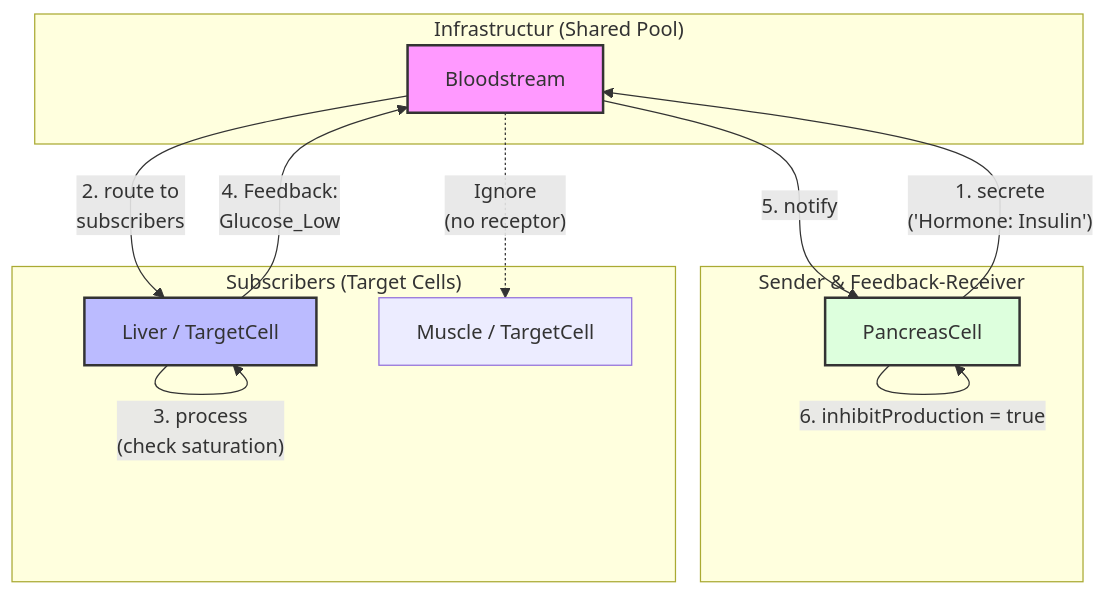
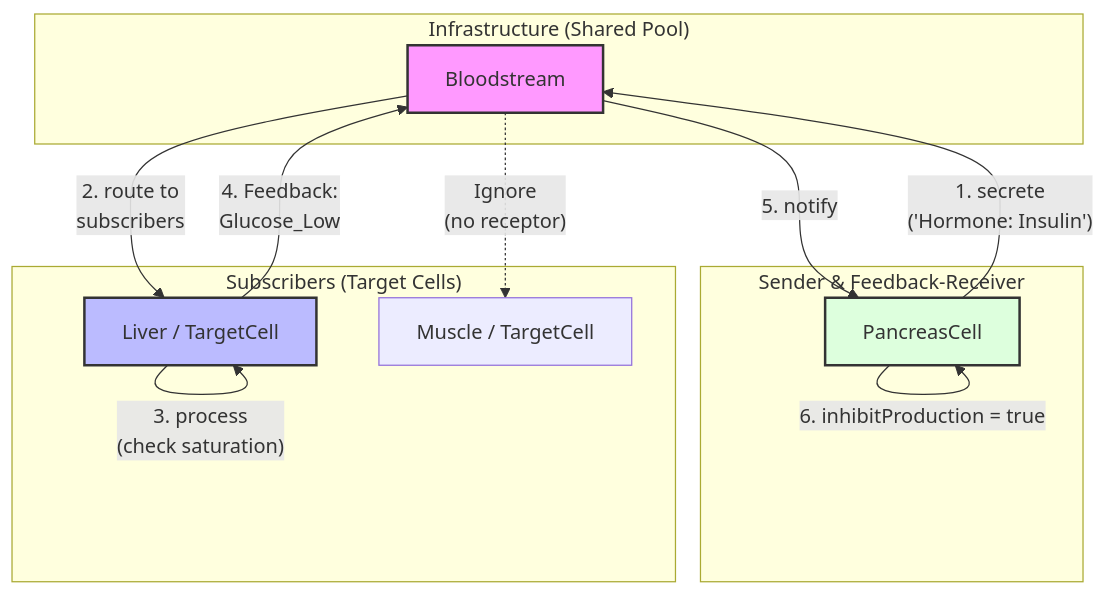
One commit to andreas-wagner-dev/object-oriented-learning-journey changed the fifth of 5 diagrams in blog/000_oop_vision.md. Above: the diagram before and after it, drawn with Mermaid.

````diff
--- a/blog/000_oop_vision.md
+++ b/blog/000_oop_vision.md
@@ -253,36 +253,36 @@
 ```mermaid
 graph TD
-    subgraph "Infrastructur (Shared Pool)"
+    subgraph "Infrastructure (Shared Pool)"
         B[Bloodstream]
     end
 
     subgraph "Sender & Feedback-Receiver"
         P[PancreasCell]
     end
 
     subgraph "Subscribers (Target Cells)"
         L[Liver / TargetCell]
         M[Muscle / TargetCell]
     end
 
     %% Initial Flow
     P -- "1. secrete<br/>('Hormone: Insulin')" --> B
     
     %% Routing
     B -- "2. route to<br/>subscribers" --> L
     B -. "Ignore<br/>(no receptor)" .-> M
 
     %% Internal Process & Saturation
     L -- "3. process<br/>(check saturation)" --> L
 
     %% Feedback Loop
     L -- "4. Feedback:<br/>Glucose_Low" --> B
     B -- "5. notify" --> P
     
     %% State Change
     P -- "6. inhibitProduction = true" --> P
 
     style B fill:#f9f,stroke:#333,stroke-width:2px
     style L fill:#bbf,stroke:#333,stroke-width:2px
     style P fill:#dfd,stroke:#333,stroke-width:2px
 ```
````
